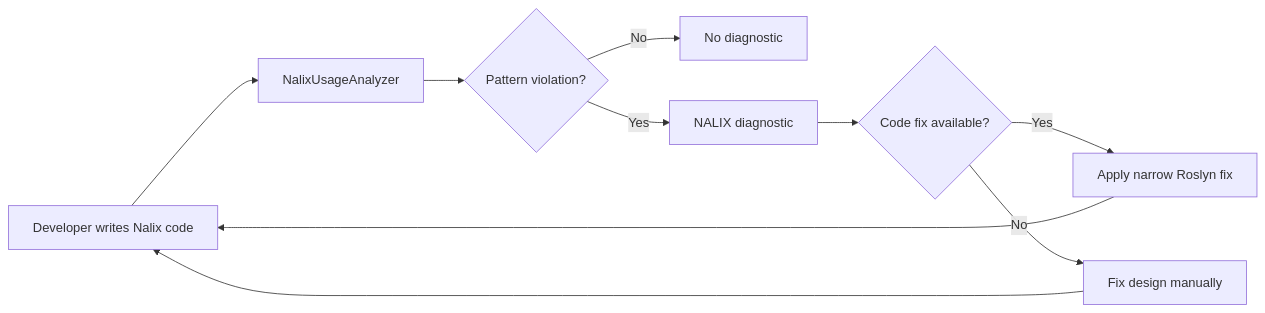
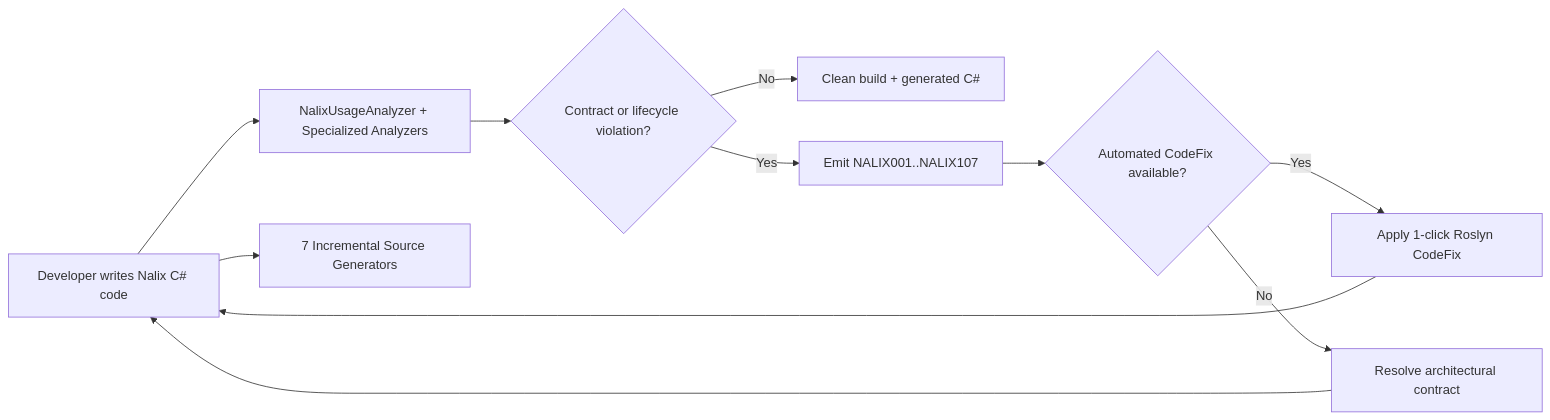
The diagram in src/content/docs/en-us/api/analyzers/index.md (ppn-systems/nalix-docs), drawn with Mermaid before and after one commit. The commit also changed other lines of this file and 180 other files, not shown here.

Commit message:
docs: complete 11-round source-code parity refactor, missing API docs, and UX/SEO enhancements

````diff
--- a/src/content/docs/en-us/api/analyzers/index.md
+++ b/src/content/docs/en-us/api/analyzers/index.md
@@ -25,12 +28,13 @@
 ```mermaid
 flowchart LR
-    A["Developer writes Nalix code"] --> B["NalixUsageAnalyzer"]
-    B --> C{"Pattern violation?"}
-    C -->|No| D["No diagnostic"]
-    C -->|Yes| E["NALIX diagnostic"]
-    E --> F{"Code fix available?"}
-    F -->|Yes| G["Apply narrow Roslyn fix"]
-    F -->|No| H["Fix design manually"]
+    A["Developer writes Nalix C# code"] --> B["NalixUsageAnalyzer + Specialized Analyzers"]
+    A --> SG["7 Incremental Source Generators"]
+    B --> C{"Contract or lifecycle violation?"}
+    C -->|No| D["Clean build + generated C#"]
+    C -->|Yes| E["Emit NALIX001..NALIX107"]
+    E --> F{"Automated CodeFix available?"}
+    F -->|Yes| G["Apply 1-click Roslyn CodeFix"]
+    F -->|No| H["Resolve architectural contract"]
     G --> A
     H --> A
 ```
````
